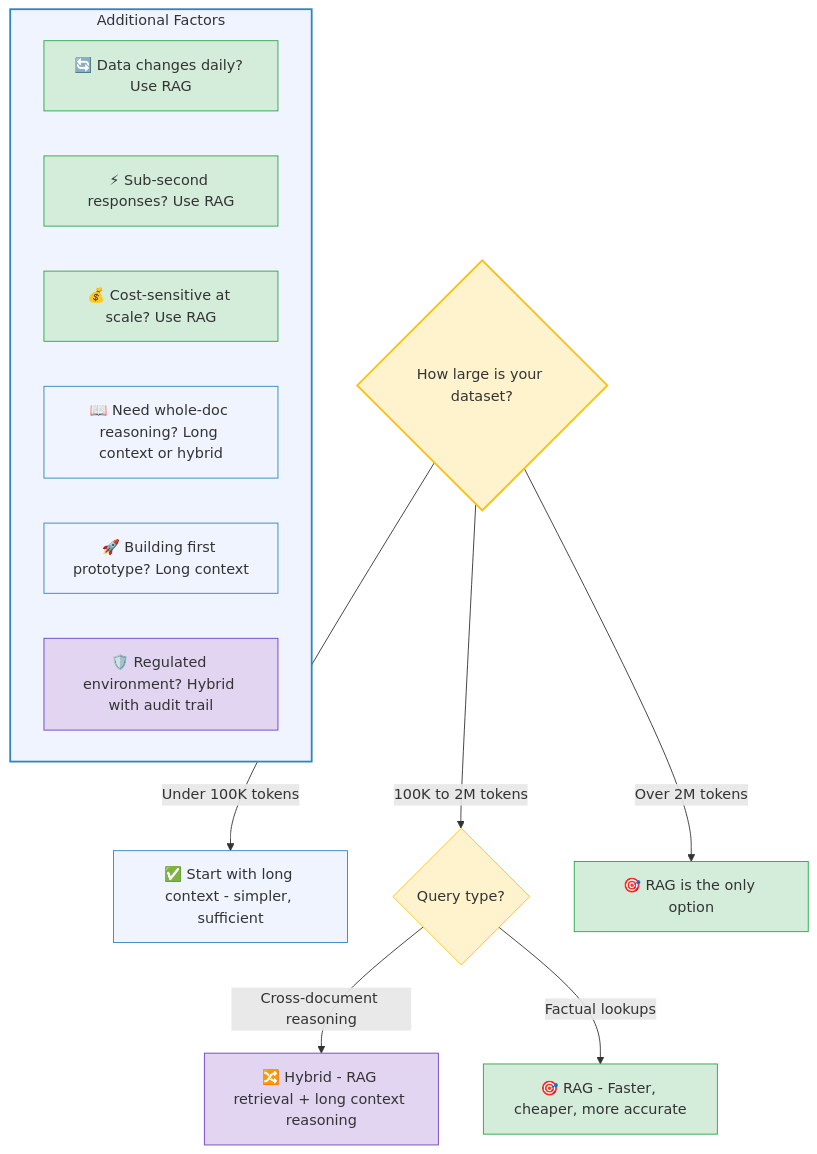
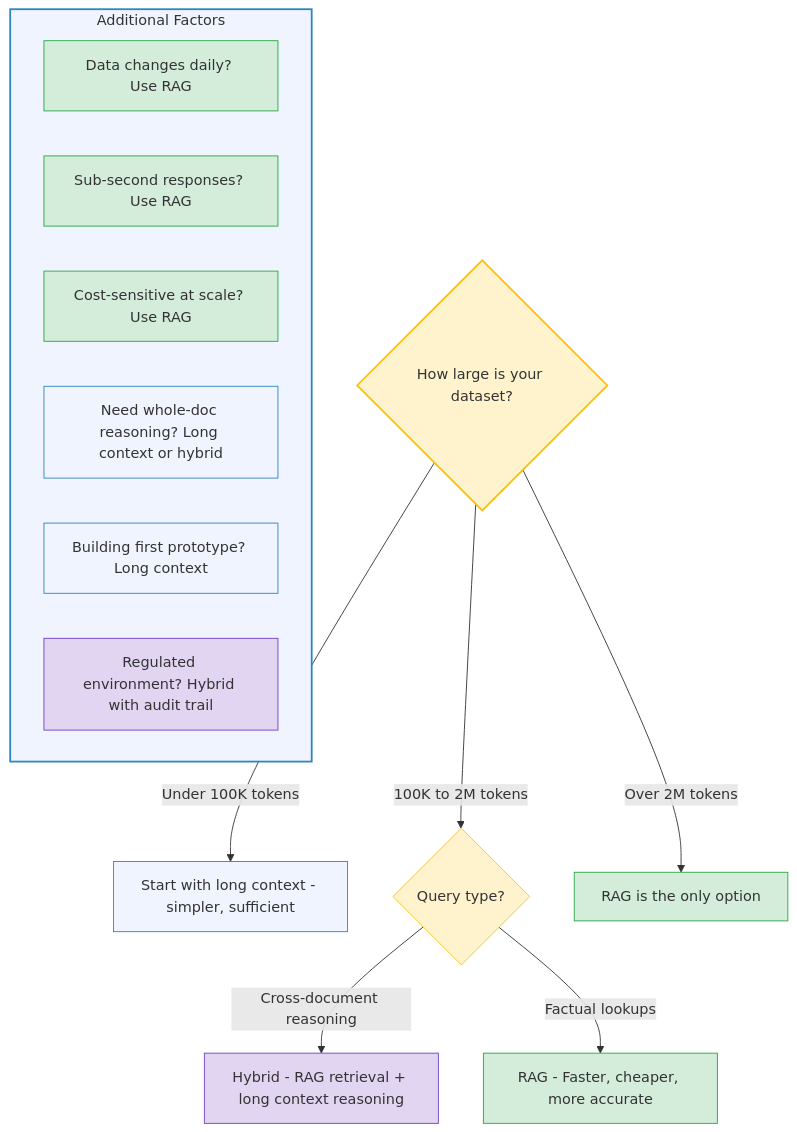
Before and after one commit to ithinktavo/GenAI-Engineering-Handbook: the fifth of 5 diagrams in docs/05-rag-vs-long-context.md, drawn with Mermaid. The commit also changed other lines of this file and 10 other files, not shown here.

Commit message:
Diagram updates

````diff
--- a/docs/05-rag-vs-long-context.md
+++ b/docs/05-rag-vs-long-context.md
@@ -202,35 +211,35 @@
 ```mermaid
 graph TD
     Q1{"How large is your dataset?"}
 
-    Q1 -->|"Under 100K tokens"| A1["✅ Start with long context - simpler, sufficient"]
+    Q1 -->|"Under 100K tokens"| A1["Start with long context - simpler, sufficient"]
 
     Q1 -->|"100K to 2M tokens"| Q2{"Query type?"}
-    Q2 -->|"Cross-document reasoning"| A2["🔀 Hybrid - RAG retrieval + long context reasoning"]
-    Q2 -->|"Factual lookups"| A3["🎯 RAG - Faster, cheaper, more accurate"]
+    Q2 -->|"Cross-document reasoning"| A2["Hybrid - RAG retrieval + long context reasoning"]
+    Q2 -->|"Factual lookups"| A3["RAG - Faster, cheaper, more accurate"]
 
-    Q1 -->|"Over 2M tokens"| A4["🎯 RAG is the only option"]
+    Q1 -->|"Over 2M tokens"| A4["RAG is the only option"]
 
     subgraph FACTORS["Additional Factors"]
-        F1["🔄 Data changes daily? Use RAG"]
-        F2["⚡ Sub-second responses? Use RAG"]
-        F3["💰 Cost-sensitive at scale? Use RAG"]
-        F4["📖 Need whole-doc reasoning? Long context or hybrid"]
-        F5["🚀 Building first prototype? Long context"]
-        F6["🛡️ Regulated environment? Hybrid with audit trail"]
+        F1["Data changes daily? Use RAG"]
+        F2["Sub-second responses? Use RAG"]
+        F3["Cost-sensitive at scale? Use RAG"]
+        F4["Need whole-doc reasoning? Long context or hybrid"]
+        F5["Building first prototype? Long context"]
+        F6["Regulated environment? Hybrid with audit trail"]
     end
 
     style Q1 fill:#fff3cd,stroke:#ffc107,stroke-width:2px
     style Q2 fill:#fff3cd,stroke:#ffc107
     style A1 fill:#f0f4ff,stroke:#2E86C1
     style A2 fill:#e2d5f1,stroke:#6f42c1
     style A3 fill:#d4edda,stroke:#28a745
     style A4 fill:#d4edda,stroke:#28a745
     style FACTORS fill:#f0f4ff,stroke:#2E86C1,stroke-width:2px
     style F1 fill:#d4edda,stroke:#28a745
     style F2 fill:#d4edda,stroke:#28a745
     style F3 fill:#d4edda,stroke:#28a745
     style F4 fill:#f0f4ff,stroke:#2E86C1
     style F5 fill:#f0f4ff,stroke:#2E86C1
     style F6 fill:#e2d5f1,stroke:#6f42c1
 ```
````
